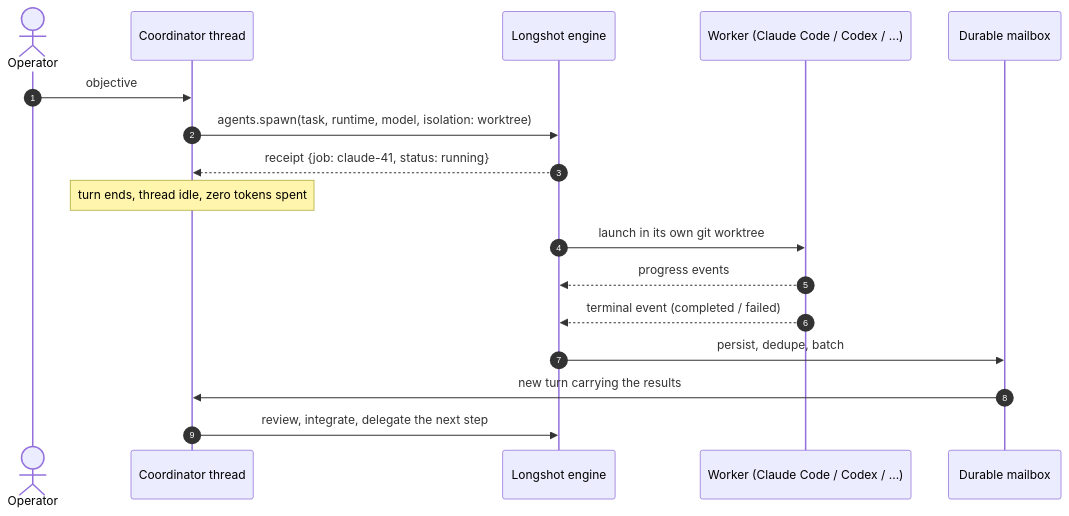
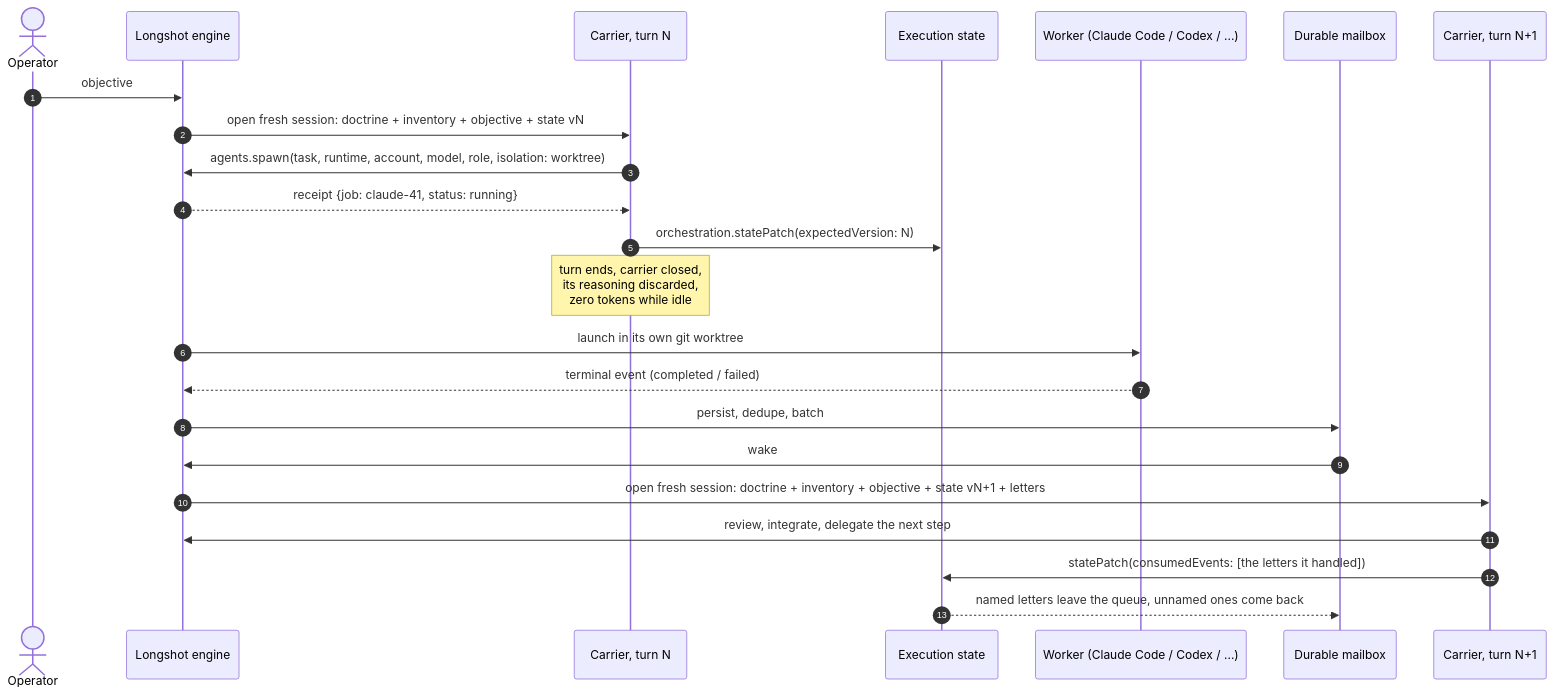
Before and after one commit to pavelbender/longshot-wip: the fourth of 10 diagrams in README.md, drawn with Mermaid. The commit also changed other lines of this file and 1 other file, not shown here.

First line of the commit message:
Update showcase: features, harnesses, accounts, OpenTelemetry, figures through 30 October 2026

````diff
--- a/README.md
+++ b/README.md
@@ -40,20 +459,26 @@
 ```mermaid
 sequenceDiagram
     autonumber
     actor Op as Operator
-    participant C as Coordinator thread
     participant L as Longshot engine
+    participant C1 as Carrier, turn N
+    participant S as Execution state
     participant W as Worker (Claude Code / Codex / ...)
     participant M as Durable mailbox
+    participant C2 as Carrier, turn N+1
 
-    Op->>C: objective
-    C->>L: agents.spawn(task, runtime, model, isolation: worktree)
-    L-->>C: receipt {job: claude-41, status: running}
-    Note over C: turn ends, thread idle, zero tokens spent
+    Op->>L: objective
+    L->>C1: open fresh session: doctrine + inventory + objective + state vN
+    C1->>L: agents.spawn(task, runtime, account, model, role, isolation: worktree)
+    L-->>C1: receipt {job: claude-41, status: running}
+    C1->>S: orchestration.statePatch(expectedVersion: N)
+    Note over C1: turn ends, carrier closed,<br/>its reasoning discarded,<br/>zero tokens while idle
     L->>W: launch in its own git worktree
-    W-->>L: progress events
     W-->>L: terminal event (completed / failed)
     L->>M: persist, dedupe, batch
-    M->>C: new turn carrying the results
-    C->>L: review, integrate, delegate the next step
+    M->>L: wake
+    L->>C2: open fresh session: doctrine + inventory + objective + state vN+1 + letters
+    C2->>L: review, integrate, delegate the next step
+    C2->>S: statePatch(consumedEvents: [the letters it handled])
+    S-->>M: named letters leave the queue, unnamed ones come back
 ```
````
